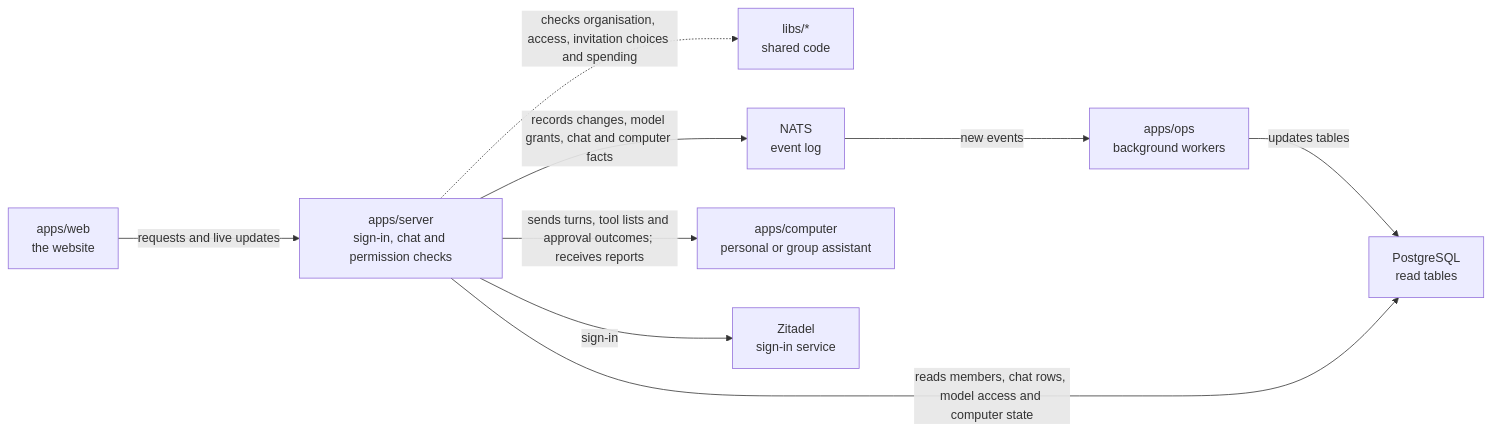
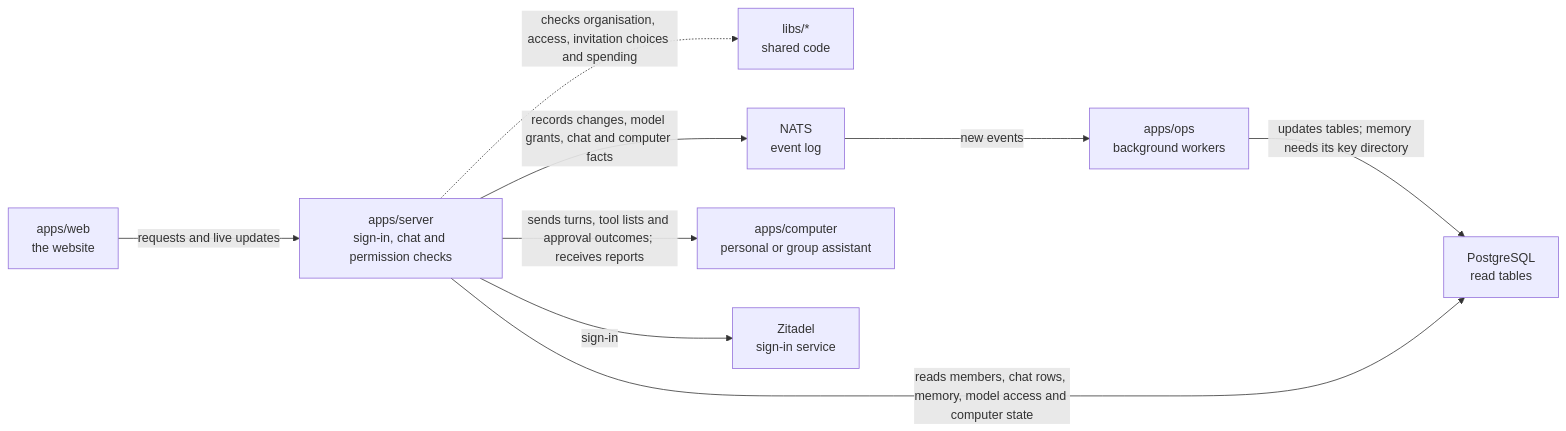
The diagram in apps/server/README.md (elewa-git/opencrane-new), drawn with Mermaid before and after one commit. The commit also changed other lines of this file and 29 other files, not shown here.

First line of the commit message:
🔎 People can list and search the memory they are allowed to read, in any language (#289) (#289)

````diff
--- a/apps/server/README.md
+++ b/apps/server/README.md
@@ -11,11 +11,11 @@
 ```mermaid
 flowchart LR
   web["apps/web<br/>the website"] -->|requests and live updates| server["apps/server<br/>sign-in, chat and permission checks"]
   server -.->|checks organisation, access, invitation choices and spending| libs["libs/*<br/>shared code"]
   server -->|records changes, model grants, chat and computer facts| nats["NATS<br/>event log"]
   nats -->|new events| ops["apps/ops<br/>background workers"]
-  ops -->|updates tables| postgres["PostgreSQL<br/>read tables"]
-  server -->|reads members, chat rows, model access and computer state| postgres
+  ops -->|updates tables; memory needs its key directory| postgres["PostgreSQL<br/>read tables"]
+  server -->|reads members, chat rows, memory, model access and computer state| postgres
   server -->|sends turns, tool lists and approval outcomes; receives reports| computer["apps/computer<br/>personal or group assistant"]
   server -->|sign-in| zitadel["Zitadel<br/>sign-in service"]
 ```
````
